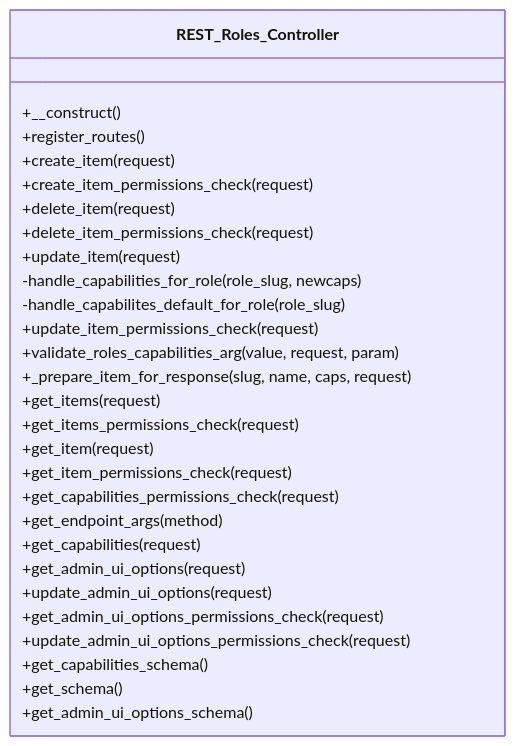
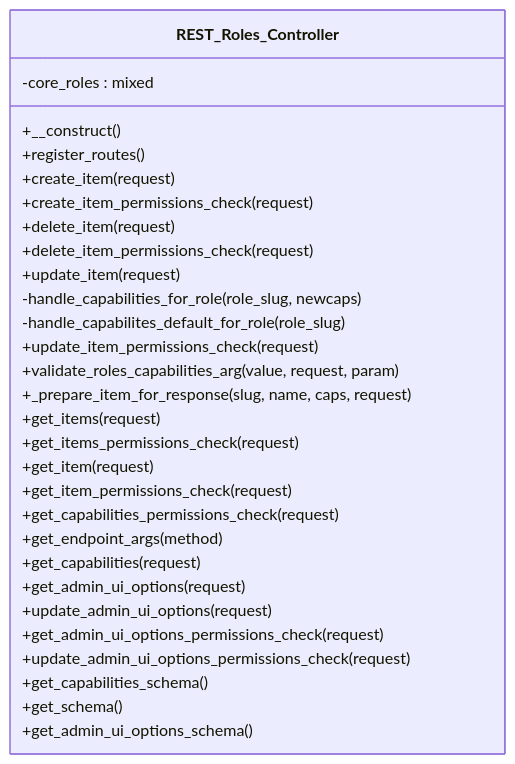
One commit to tainacan/tainacan changed the diagram in docs/phpdoc/classes/Tainacan/API/EndPoints/REST_Roles_Controller.mmd. Above: the diagram before and after it, drawn with Mermaid. The commit also changed 11 other files, not shown here.

```diff
--- a/docs/phpdoc/classes/Tainacan/API/EndPoints/REST_Roles_Controller.mmd
+++ b/docs/phpdoc/classes/Tainacan/API/EndPoints/REST_Roles_Controller.mmd
@@ -1,30 +1,31 @@
 classDiagram
     direction TB
     class REST_Roles_Controller {
+        -core_roles : mixed
         +__construct()
         +register_routes()
         +create_item(request)
         +create_item_permissions_check(request)
         +delete_item(request)
         +delete_item_permissions_check(request)
         +update_item(request)
         -handle_capabilities_for_role(role_slug, newcaps)
         -handle_capabilites_default_for_role(role_slug)
         +update_item_permissions_check(request)
         +validate_roles_capabilities_arg(value, request, param)
         +_prepare_item_for_response(slug, name, caps, request)
         +get_items(request)
         +get_items_permissions_check(request)
         +get_item(request)
         +get_item_permissions_check(request)
         +get_capabilities_permissions_check(request)
         +get_endpoint_args(method)
         +get_capabilities(request)
         +get_admin_ui_options(request)
         +update_admin_ui_options(request)
         +get_admin_ui_options_permissions_check(request)
         +update_admin_ui_options_permissions_check(request)
         +get_capabilities_schema()
         +get_schema()
         +get_admin_ui_options_schema()
     }
```
